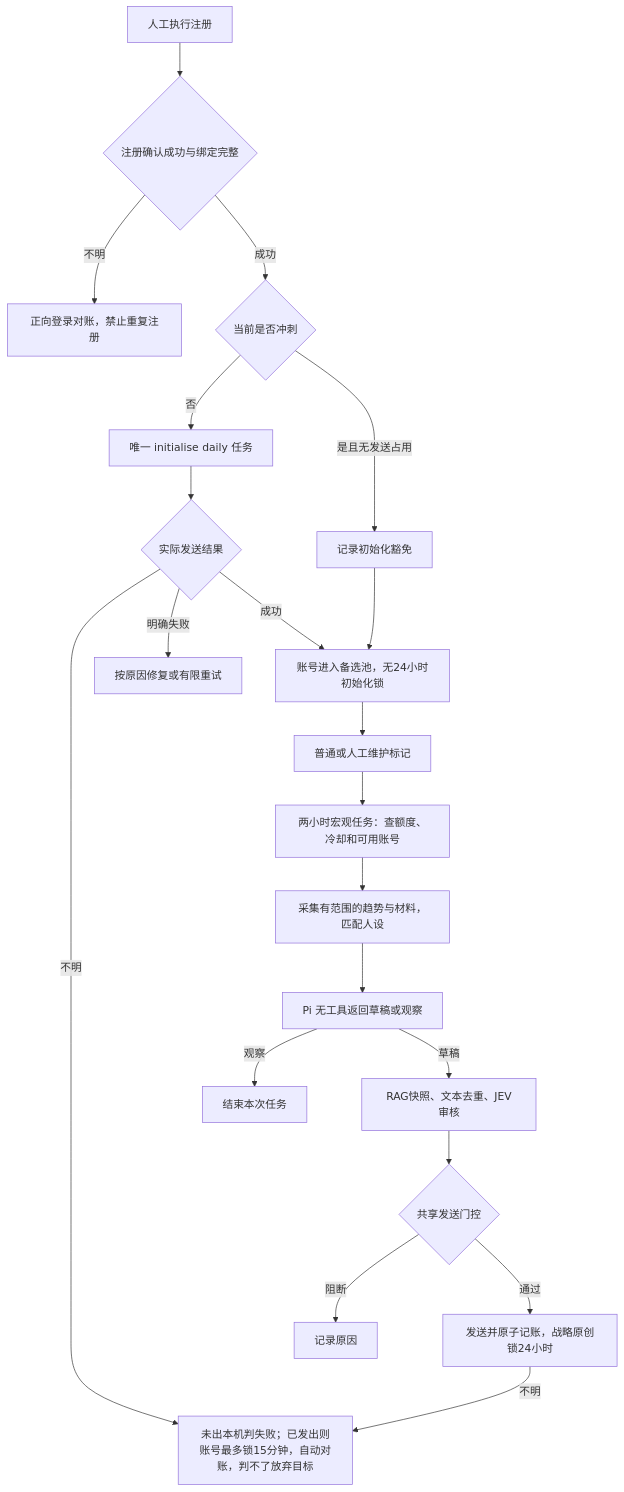
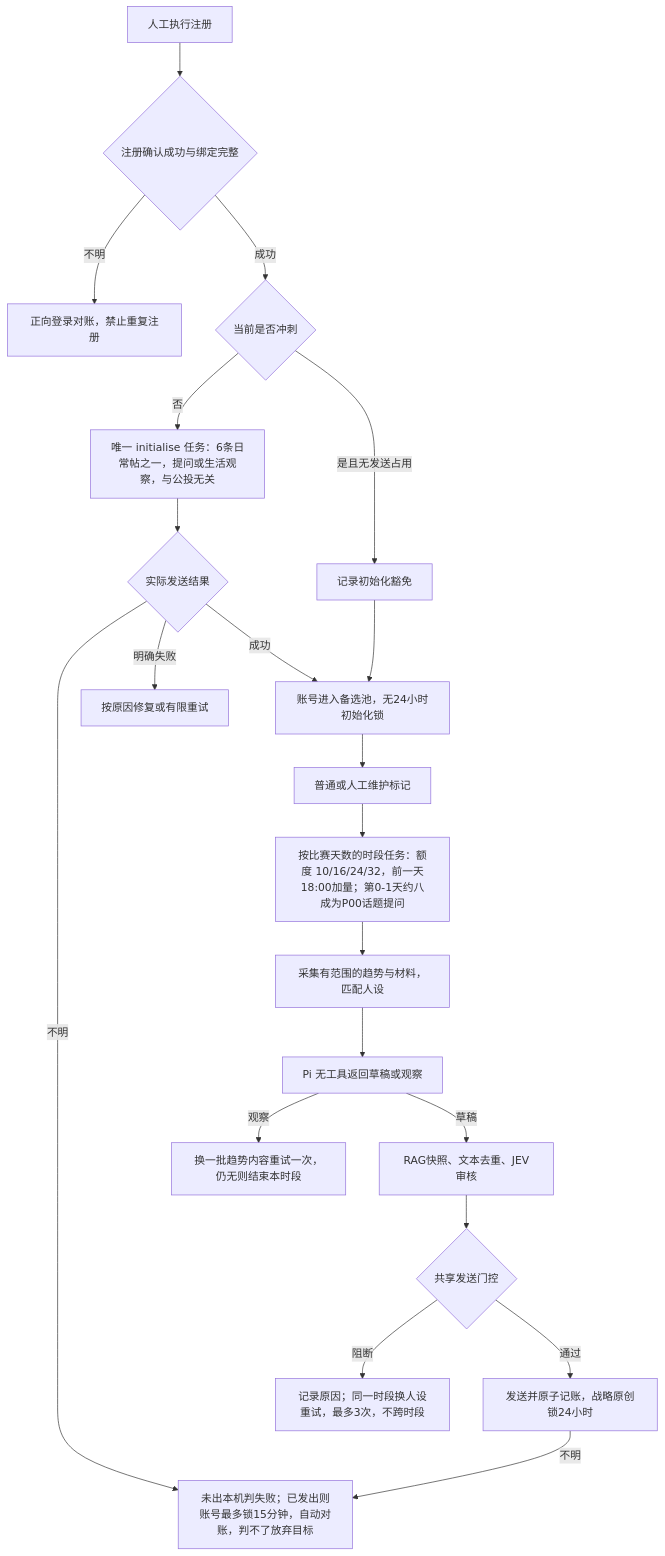
Before and after one commit to Moriaty911/CTN2026: the first of 3 diagrams in docs/repair-and-discord-2026-10-18/logic-trees.md, drawn with Mermaid. The commit also changed 61 other files, not shown here.

````diff
--- a/docs/repair-and-discord-2026-10-18/logic-trees.md
+++ b/docs/repair-and-discord-2026-10-18/logic-trees.md
@@ -7,23 +7,23 @@
 ```mermaid
 flowchart TD
  A[人工执行注册] --> B{注册确认成功与绑定完整}
  B -->|不明| C[正向登录对账，禁止重复注册]
  B -->|成功| D{当前是否冲刺}
- D -->|否| E[唯一 initialise daily 任务]
+ D -->|否| E[唯一 initialise 任务：6条日常帖之一，提问或生活观察，与公投无关]
  E --> F{实际发送结果}
  F -->|成功| G[账号进入备选池，无24小时初始化锁]
  F -->|明确失败| H[按原因修复或有限重试]
  F -->|不明| I[未出本机判失败；已发出则账号最多锁15分钟，自动对账，判不了放弃目标]
  D -->|是且无发送占用| J[记录初始化豁免]
  J --> G
  G --> K[普通或人工维护标记]
- K --> L[两小时宏观任务：查额度、冷却和可用账号]
+ K --> L[按比赛天数的时段任务：额度 10/16/24/32，前一天18:00加量；第0-1天约八成为P00话题提问]
  L --> M[采集有范围的趋势与材料，匹配人设]
  M --> N[Pi 无工具返回草稿或观察]
  N -->|草稿| O[RAG快照、文本去重、JEV审核]
- N -->|观察| P[结束本次任务]
+ N -->|观察| P[换一批趋势内容重试一次，仍无则结束本时段]
  O --> Q{共享发送门控}
  Q -->|通过| R[发送并原子记账，战略原创锁24小时]
- Q -->|阻断| S[记录原因]
+ Q -->|阻断| S[记录原因；同一时段换人设重试，最多3次，不跨时段]
  R -->|不明| I
 ```
````
